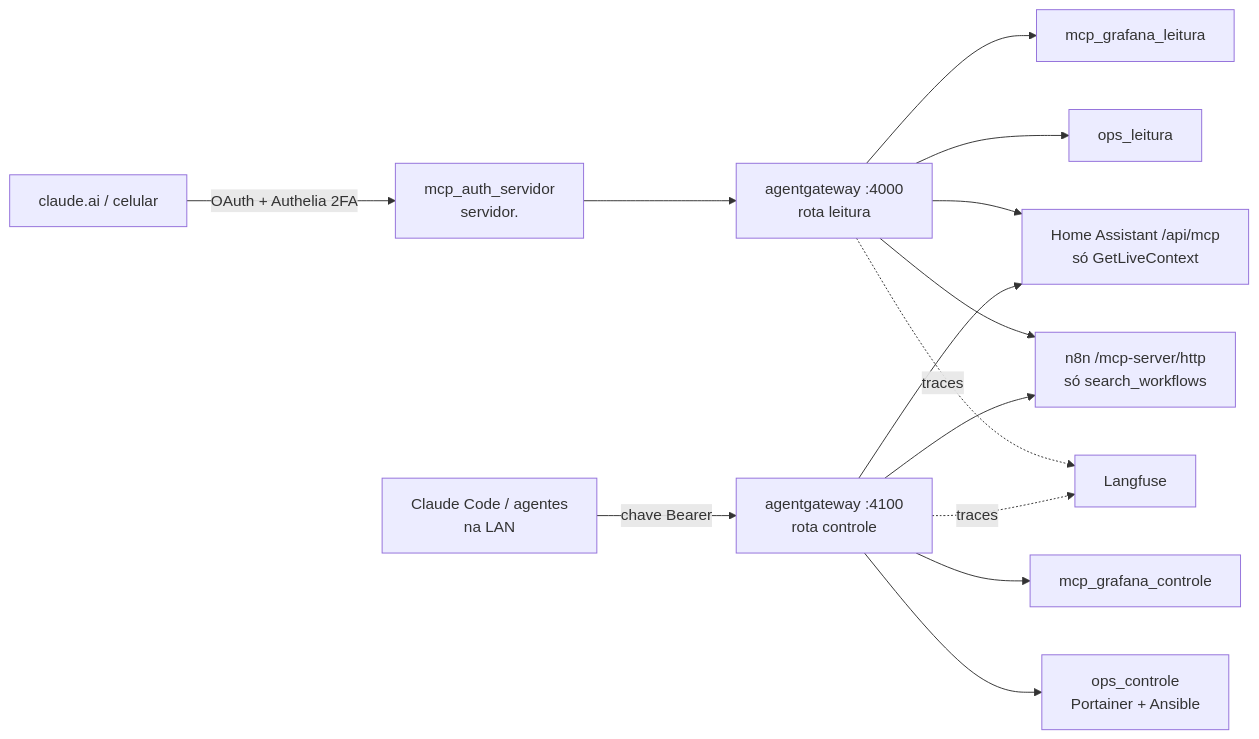
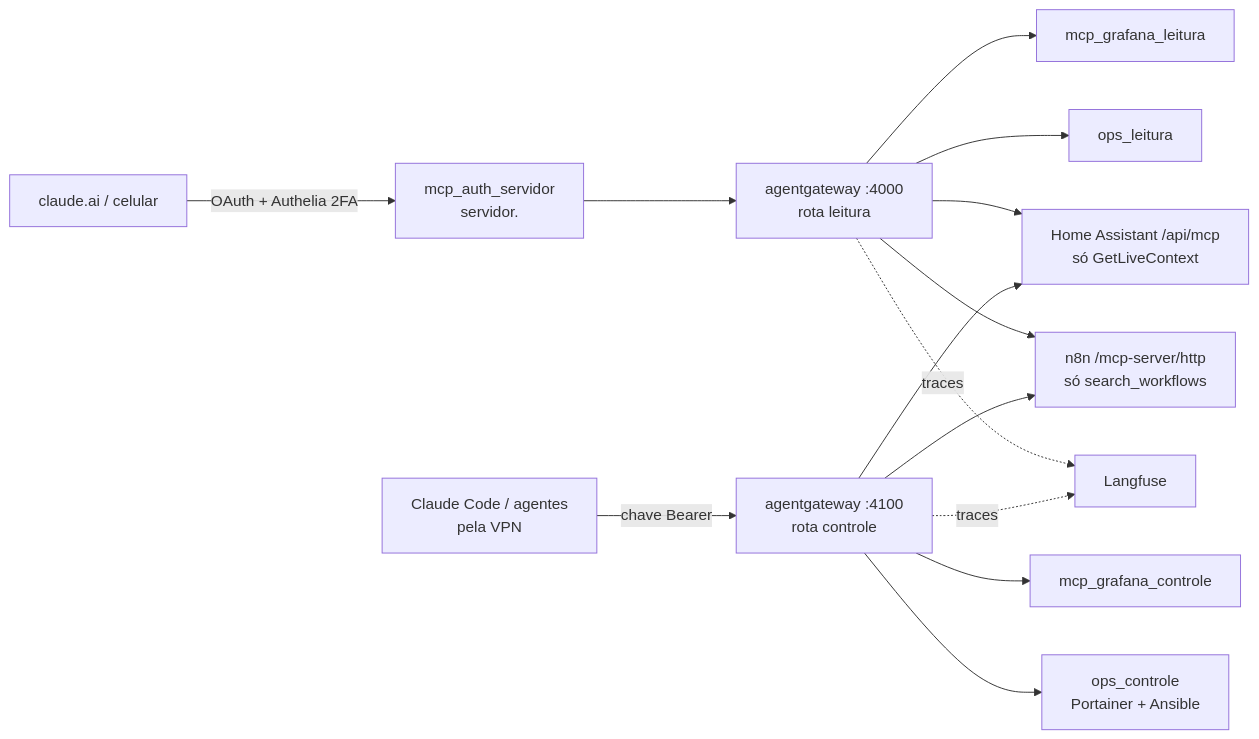
Before and after one commit to lioevano/wiki-home-server: the diagram in wiki/docs/01-manual-implementacao/13-agentes-base.md, drawn with Mermaid. The commit also changed other lines of this file and 36 other files, not shown here.

````diff
--- a/wiki/docs/01-manual-implementacao/13-agentes-base.md
+++ b/wiki/docs/01-manual-implementacao/13-agentes-base.md
@@ -11,16 +11,16 @@
 ```mermaid
 flowchart LR
     claude[claude.ai / celular] -- OAuth + Authelia 2FA --> proxy[mcp_auth_servidor<br/>servidor.]
-    code[Claude Code / agentes<br/>na LAN] -- chave Bearer --> controle[agentgateway :4100<br/>rota controle]
+    code[Claude Code / agentes<br/>pela VPN] -- chave Bearer --> controle[agentgateway :4100<br/>rota controle]
     proxy --> leitura[agentgateway :4000<br/>rota leitura]
     leitura --> gl[mcp_grafana_leitura]
     leitura --> ol[ops_leitura]
     leitura --> ha[Home Assistant /api/mcp<br/>só GetLiveContext]
     leitura --> n8[n8n /mcp-server/http<br/>só search_workflows]
     controle --> gc[mcp_grafana_controle]
     controle --> oc[ops_controle<br/>Portainer + Ansible]
     controle --> ha
     controle --> n8
     leitura -. traces .-> lf[Langfuse]
     controle -. traces .-> lf
 ```
````
